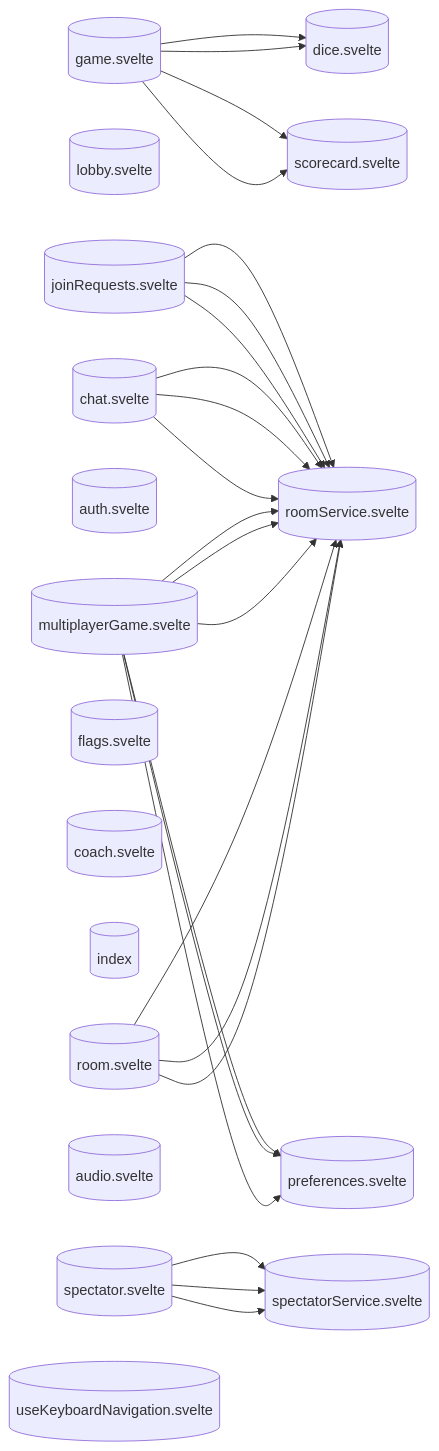
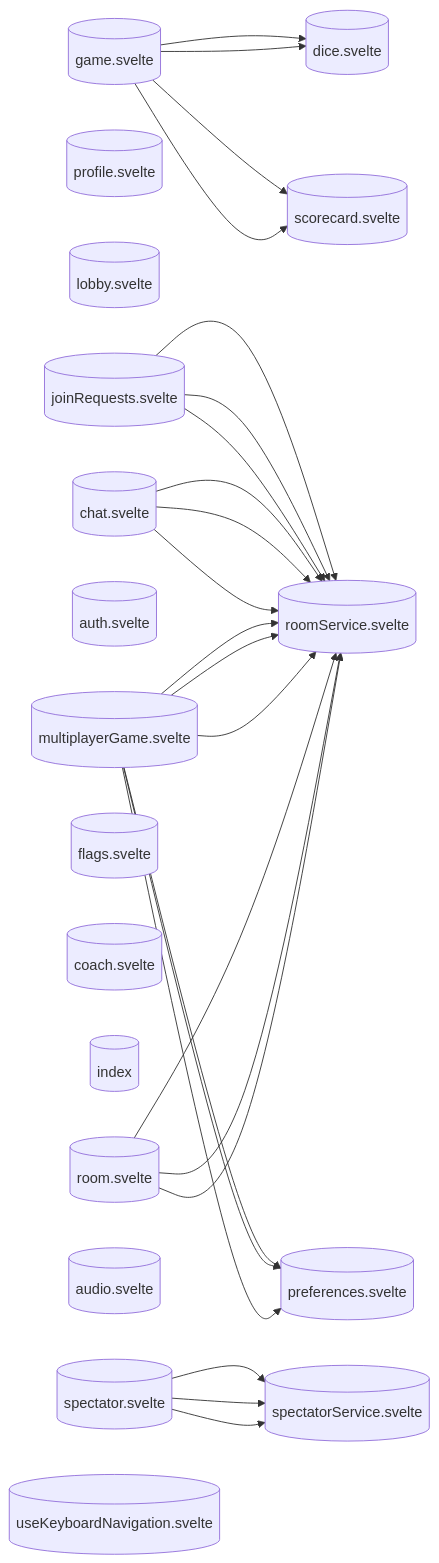
Before and after one commit to verlyn13/dicee: the diagram in docs/architecture/akg/diagrams/STORE_DEPENDENCIES.md, drawn with Mermaid. The commit also changed other lines of this file and 54 other files, not shown here.

First line of the commit message:
feat(arch): complete architecture consolidation plan (Phases 1-5)

````diff
--- a/docs/architecture/akg/diagrams/STORE_DEPENDENCIES.md
+++ b/docs/architecture/akg/diagrams/STORE_DEPENDENCIES.md
@@ -13,44 +13,45 @@
 ```mermaid
 flowchart LR
     store__game_svelte__tores_game_svelte_ts[("game.svelte")]
+    store__profile_svelte__es_profile_svelte[("profile.svelte")]
     store__lobby_svelte__ores_lobby_svelte_t[("lobby.svelte")]
     store__room_svelte__tores_room_svelte_ts[("room.svelte")]
     store__multiplayerGame_svelte__playerGam[("multiplayerGame.svelte")]
     store__scorecard_svelte___scorecard_svel[("scorecard.svelte")]
     store__dice_svelte__tores_dice_svelte_ts[("dice.svelte")]
     store__auth_svelte__tores_auth_svelte_ts[("auth.svelte")]
     store__spectator_svelte___spectator_svel[("spectator.svelte")]
     store__flags_svelte__ores_flags_svelte_t[("flags.svelte")]
     store__coach_svelte__ores_coach_svelte_t[("coach.svelte")]
     store__index___lib_stores_index_ts[("index")]
     store__chat_svelte__tores_chat_svelte_ts[("chat.svelte")]
     store__audio_svelte__ores_audio_svelte_t[("audio.svelte")]
     store__joinRequests_svelte__inRequests_s[("joinRequests.svelte")]
     store__useKeyboardNavigation_svelte__Nav[("useKeyboardNavigation.svelte")]
     store__preferences_svelte__references_sv[("preferences.svelte")]
     store__spectatorService_svelte__torServi[("spectatorService.svelte")]
     store__roomService_svelte__oomService_sv[("roomService.svelte")]
 
     store__game_svelte__tores_game_svelte_ts --> store__dice_svelte__tores_dice_svelte_ts
     store__game_svelte__tores_game_svelte_ts --> store__scorecard_svelte___scorecard_svel
     store__game_svelte__tores_game_svelte_ts --> store__dice_svelte__tores_dice_svelte_ts
     store__game_svelte__tores_game_svelte_ts --> store__scorecard_svelte___scorecard_svel
     store__room_svelte__tores_room_svelte_ts --> store__roomService_svelte__oomService_sv
     store__room_svelte__tores_room_svelte_ts --> store__roomService_svelte__oomService_sv
     store__room_svelte__tores_room_svelte_ts --> store__roomService_svelte__oomService_sv
     store__multiplayerGame_svelte__playerGam --> store__preferences_svelte__references_sv
     store__multiplayerGame_svelte__playerGam --> store__roomService_svelte__oomService_sv
     store__multiplayerGame_svelte__playerGam --> store__preferences_svelte__references_sv
     store__multiplayerGame_svelte__playerGam --> store__roomService_svelte__oomService_sv
     store__multiplayerGame_svelte__playerGam --> store__preferences_svelte__references_sv
     store__multiplayerGame_svelte__playerGam --> store__roomService_svelte__oomService_sv
     store__spectator_svelte___spectator_svel --> store__spectatorService_svelte__torServi
     store__spectator_svelte___spectator_svel --> store__spectatorService_svelte__torServi
     store__spectator_svelte___spectator_svel --> store__spectatorService_svelte__torServi
     store__chat_svelte__tores_chat_svelte_ts --> store__roomService_svelte__oomService_sv
     store__chat_svelte__tores_chat_svelte_ts --> store__roomService_svelte__oomService_sv
     store__chat_svelte__tores_chat_svelte_ts --> store__roomService_svelte__oomService_sv
     store__joinRequests_svelte__inRequests_s --> store__roomService_svelte__oomService_sv
     store__joinRequests_svelte__inRequests_s --> store__roomService_svelte__oomService_sv
     store__joinRequests_svelte__inRequests_s --> store__roomService_svelte__oomService_sv
 ```
````
